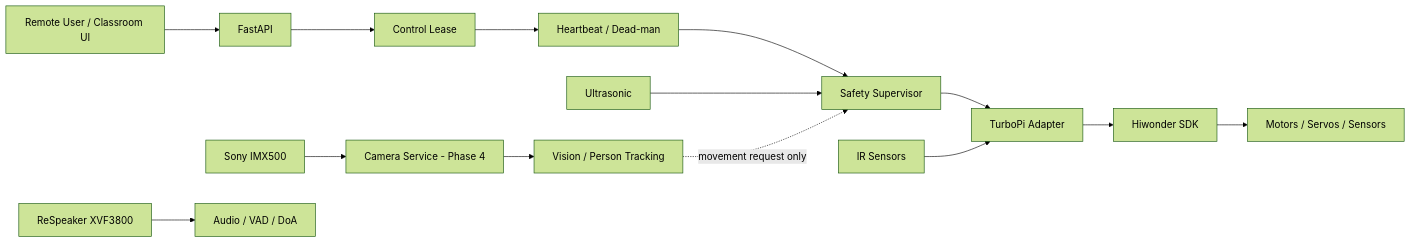
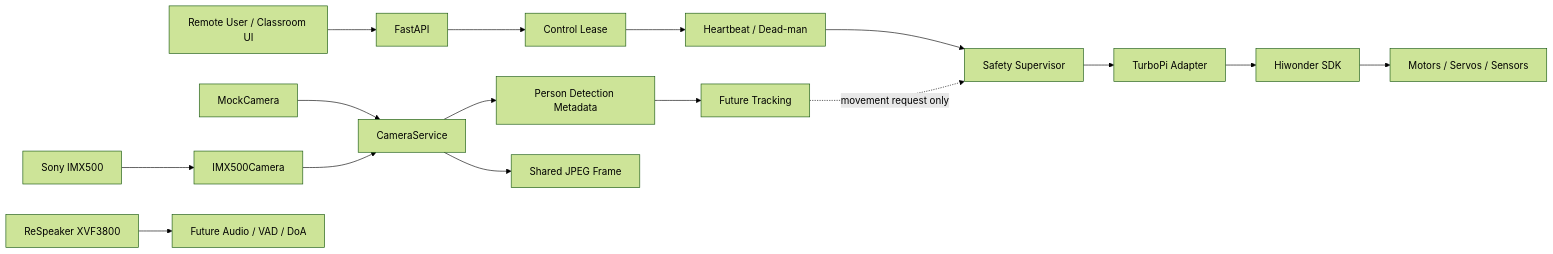
Before and after one commit to zk222ac001/ZeeAIBotWebCam: the diagram in README.md, drawn with Mermaid (forest theme). The commit also changed other lines of this file, not shown here.

Commit message:
Update README for Phase 4 implementation

````diff
--- a/README.md
+++ b/README.md
@@ -66,18 +70,20 @@
 ```mermaid
 flowchart LR
     UI[Remote User / Classroom UI] --> API[FastAPI]
     API --> LEASE[Control Lease]
     LEASE --> HEART[Heartbeat / Dead-man]
     HEART --> SAFE[Safety Supervisor]
     SAFE --> ADAPTER[TurboPi Adapter]
     ADAPTER --> SDK[Hiwonder SDK]
     SDK --> HW[Motors / Servos / Sensors]
 
-    SONAR[Ultrasonic] --> SAFE
-    IR[IR Sensors] --> ADAPTER
-    CAM[Sony IMX500] --> CAMERA[Camera Service - Phase 4]
-    CAMERA --> VISION[Vision / Person Tracking]
-    MIC[ReSpeaker XVF3800] --> AUDIO[Audio / VAD / DoA]
+    CAM[Sony IMX500] --> CBACK[IMX500Camera]
+    MOCK[MockCamera] --> CSVC[CameraService]
+    CBACK --> CSVC
+    CSVC --> META[Person Detection Metadata]
+    CSVC --> JPEG[Shared JPEG Frame]
+    META --> TRACK[Future Tracking]
+    TRACK -. movement request only .-> SAFE
 
-    VISION -. movement request only .-> SAFE
+    MIC[ReSpeaker XVF3800] --> AUDIO[Future Audio / VAD / DoA]
 ```
````
